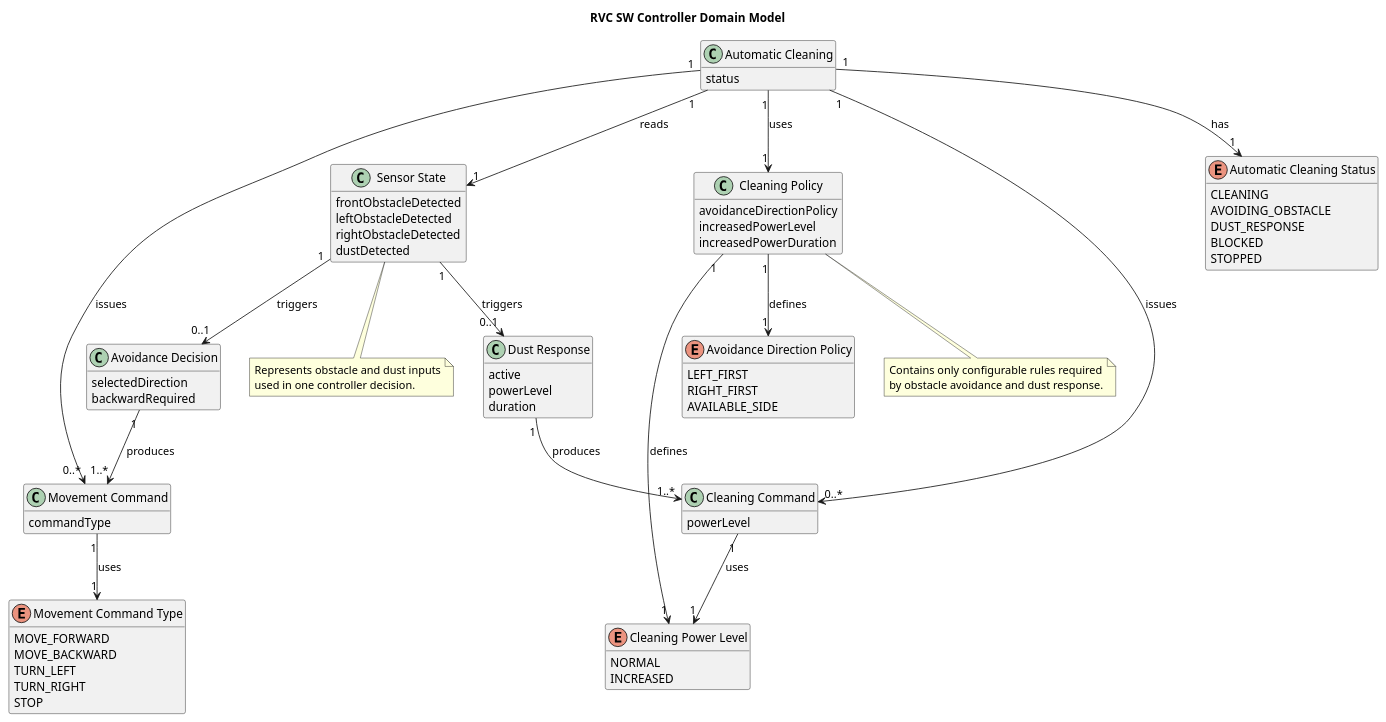
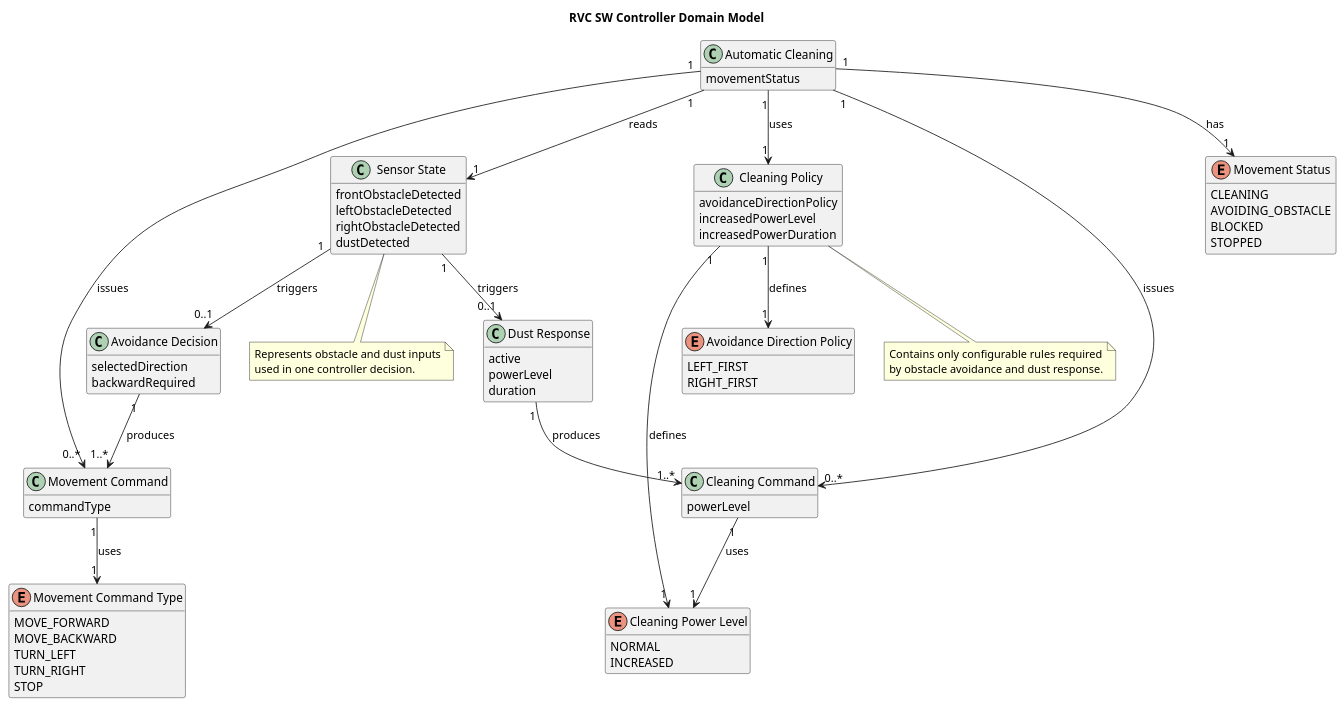
The diagram in docs/domain-model.puml (OOAD-Team3/Robot-Vacuum-Cleaner-AI), drawn with PlantUML before and after one commit. The commit also changed 9 other files, not shown here.

```diff
--- a/docs/domain-model.puml
+++ b/docs/domain-model.puml
@@ -1,98 +1,96 @@
 @startuml RVC_Domain_Model
 title RVC SW Controller Domain Model
 
 skinparam classAttributeIconSize 0
 hide methods
 
 class "Automatic Cleaning" as AutomaticCleaning {
-  status
+  movementStatus
 }
 
 class "Sensor State" as SensorState {
   frontObstacleDetected
   leftObstacleDetected
   rightObstacleDetected
   dustDetected
 }
 
 class "Cleaning Policy" as CleaningPolicy {
   avoidanceDirectionPolicy
   increasedPowerLevel
   increasedPowerDuration
 }
 
 class "Avoidance Decision" as AvoidanceDecision {
   selectedDirection
   backwardRequired
 }
 
 class "Dust Response" as DustResponse {
   active
   powerLevel
   duration
 }
 
 class "Movement Command" as MovementCommand {
   commandType
 }
 
 class "Cleaning Command" as CleaningCommand {
   powerLevel
 }
 
-enum "Automatic Cleaning Status" as AutomaticCleaningStatus {
+enum "Movement Status" as MovementStatus {
   CLEANING
   AVOIDING_OBSTACLE
-  DUST_RESPONSE
   BLOCKED
   STOPPED
 }
 
 enum "Movement Command Type" as MovementCommandType {
   MOVE_FORWARD
   MOVE_BACKWARD
   TURN_LEFT
   TURN_RIGHT
   STOP
 }
 
 enum "Cleaning Power Level" as CleaningPowerLevel {
   NORMAL
   INCREASED
 }
 
 enum "Avoidance Direction Policy" as AvoidanceDirectionPolicy {
   LEFT_FIRST
   RIGHT_FIRST
-  AVAILABLE_SIDE
 }
 
 AutomaticCleaning "1" --> "1" SensorState : reads
 AutomaticCleaning "1" --> "1" CleaningPolicy : uses
 AutomaticCleaning "1" --> "0..*" MovementCommand : issues
 AutomaticCleaning "1" --> "0..*" CleaningCommand : issues
-AutomaticCleaning "1" --> "1" AutomaticCleaningStatus : has
+AutomaticCleaning "1" --> "1" MovementStatus : has
 
 SensorState "1" --> "0..1" AvoidanceDecision : triggers
 SensorState "1" --> "0..1" DustResponse : triggers
 
 CleaningPolicy "1" --> "1" AvoidanceDirectionPolicy : defines
 CleaningPolicy "1" --> "1" CleaningPowerLevel : defines
 
 AvoidanceDecision "1" --> "1..*" MovementCommand : produces
 DustResponse "1" --> "1..*" CleaningCommand : produces
 
 MovementCommand "1" --> "1" MovementCommandType : uses
 CleaningCommand "1" --> "1" CleaningPowerLevel : uses
 
 note bottom of SensorState
   Represents obstacle and dust inputs
   used in one controller decision.
 end note
 
 note bottom of CleaningPolicy
   Contains only configurable rules required
   by obstacle avoidance and dust response.
 end note
 
 @enduml
```
